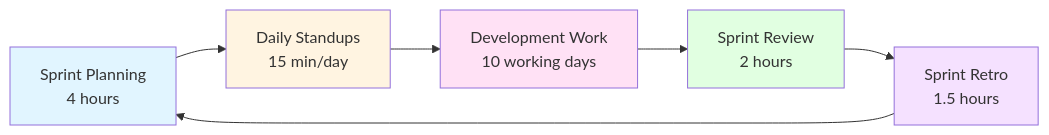
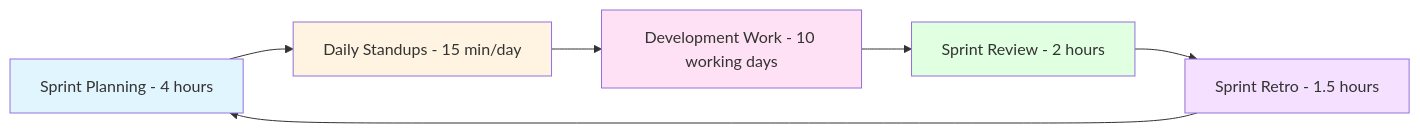
Before and after one commit to codezelaca/pm-ba-lifecycle: the first of 2 diagrams in 01-curriculum/05-product-process.md, drawn with Mermaid. The commit also changed 11 other files, not shown here.

Commit message:
docs: standardize multi-line text formatting in diagrams and tables by replacing HTML line breaks with hyphens.

````diff
--- a/01-curriculum/05-product-process.md
+++ b/01-curriculum/05-product-process.md
@@ -47,14 +47,14 @@
 ```mermaid
 graph LR
-    A[Sprint Planning<br/>4 hours] --> B[Daily Standups<br/>15 min/day]
-    B --> C[Development Work<br/>10 working days]
-    C --> D[Sprint Review<br/>2 hours]
-    D --> E[Sprint Retro<br/>1.5 hours]
+    A[Sprint Planning - 4 hours] --> B[Daily Standups - 15 min/day]
+    B --> C[Development Work - 10 working days]
+    C --> D[Sprint Review - 2 hours]
+    D --> E[Sprint Retro - 1.5 hours]
     E --> A
 
     style A fill:#e1f5ff
     style B fill:#fff4e1
     style C fill:#ffe1f5
     style D fill:#e1ffe1
     style E fill:#f5e1ff
 ```
````
